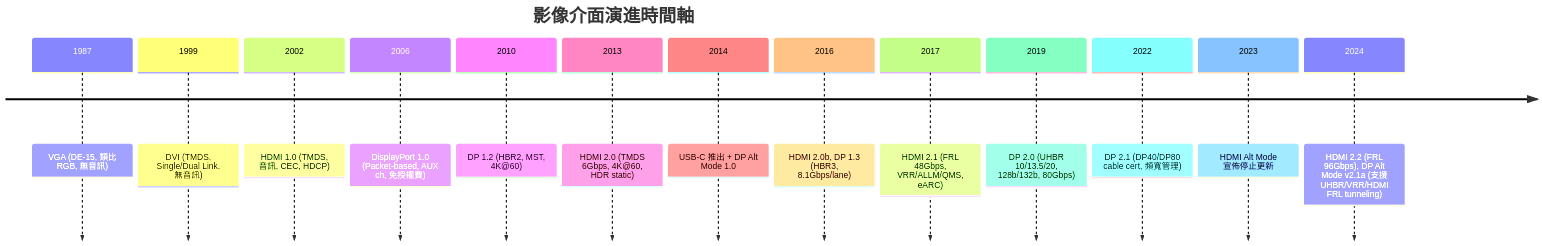
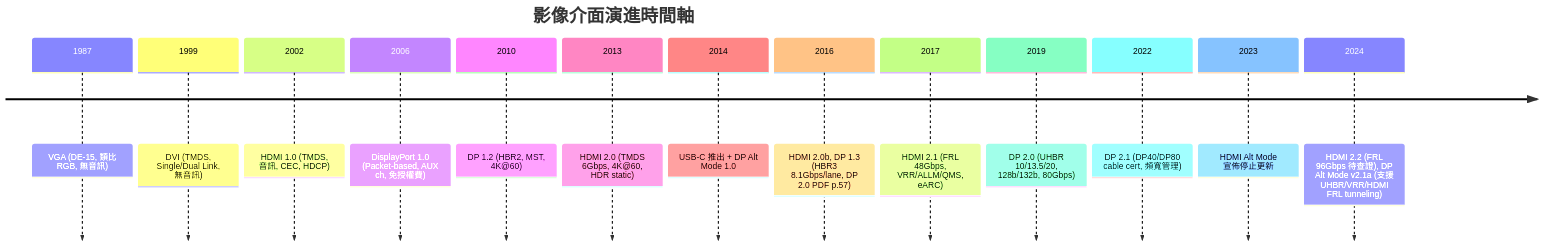
One commit to andy730309/monitor-fw-blog changed the first of 3 diagrams in _posts/2026-10-29-video-interface-overview.md. Above: the diagram before and after it, drawn with Mermaid. The commit also changed other lines of this file and 16 other files, not shown here.

````diff
--- a/_posts/2026-10-29-video-interface-overview.md
+++ b/_posts/2026-10-29-video-interface-overview.md
@@ -49,17 +49,17 @@
 ```mermaid
 timeline
     title 影像介面演進時間軸
     1987 : VGA (DE-15, 類比 RGB, 無音訊)
     1999 : DVI (TMDS, Single/Dual Link, 無音訊)
     2002 : HDMI 1.0 (TMDS, 音訊, CEC, HDCP)
     2006 : DisplayPort 1.0 (Packet-based, AUX ch, 免授權費)
     2010 : DP 1.2 (HBR2, MST, 4K@60)
     2013 : HDMI 2.0 (TMDS 6Gbps, 4K@60, HDR static)
     2014 : USB-C 推出 + DP Alt Mode 1.0
-    2016 : HDMI 2.0b, DP 1.3 (HBR3, 8.1Gbps/lane)
+    2016 : HDMI 2.0b, DP 1.3 (HBR3 8.1Gbps/lane, DP 2.0 PDF p.57)
     2017 : HDMI 2.1 (FRL 48Gbps, VRR/ALLM/QMS, eARC)
     2019 : DP 2.0 (UHBR 10/13.5/20, 128b/132b, 80Gbps)
     2022 : DP 2.1 (DP40/DP80 cable cert, 頻寬管理)
     2023 : HDMI Alt Mode 宣佈停止更新
-    2024 : HDMI 2.2 (FRL 96Gbps), DP Alt Mode v2.1a (支援 UHBR/VRR/HDMI FRL tunneling)
+    2024 : HDMI 2.2 (FRL 96Gbps 待查證), DP Alt Mode v2.1a (支援 UHBR/VRR/HDMI FRL tunneling)
 ```
````
